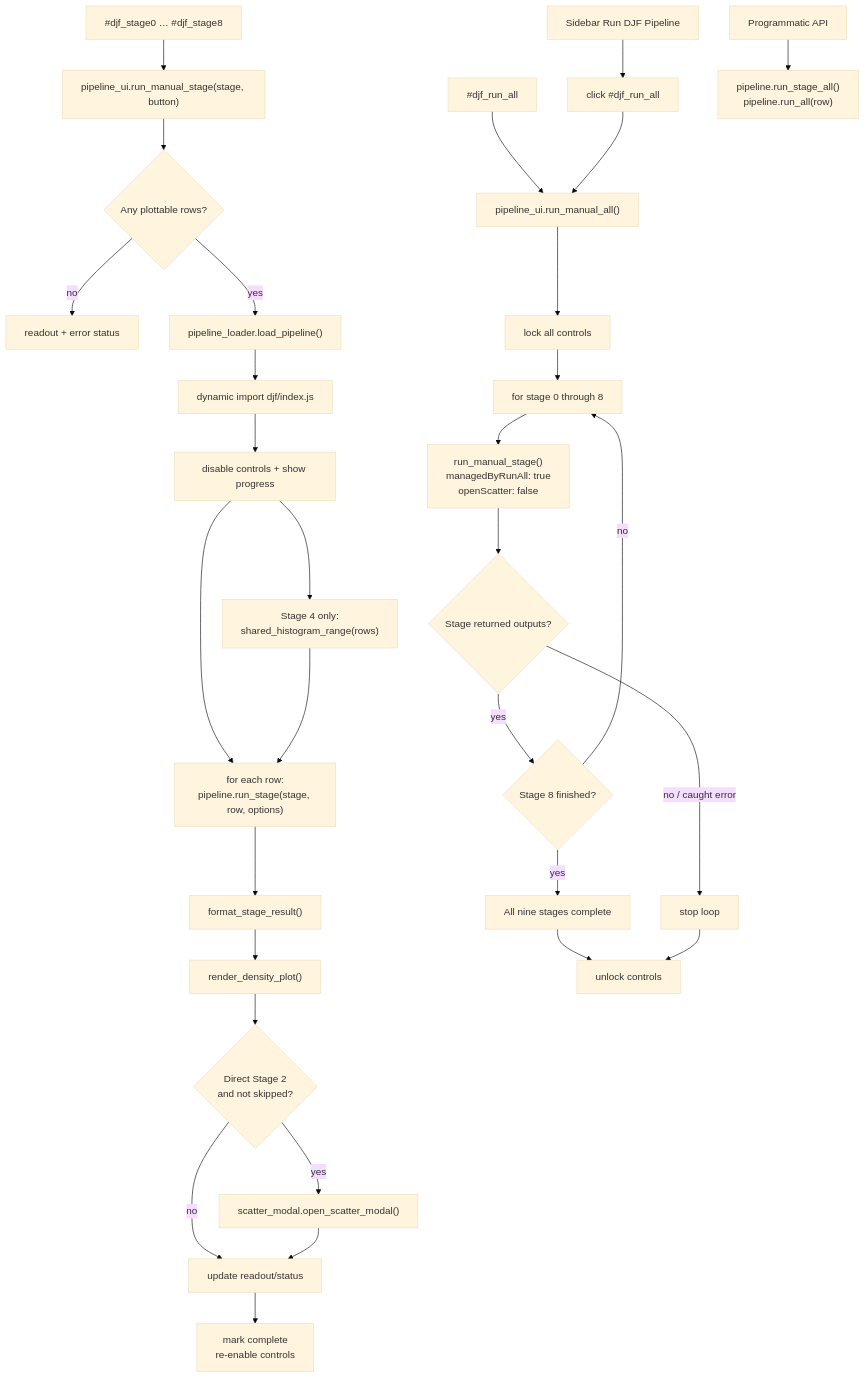
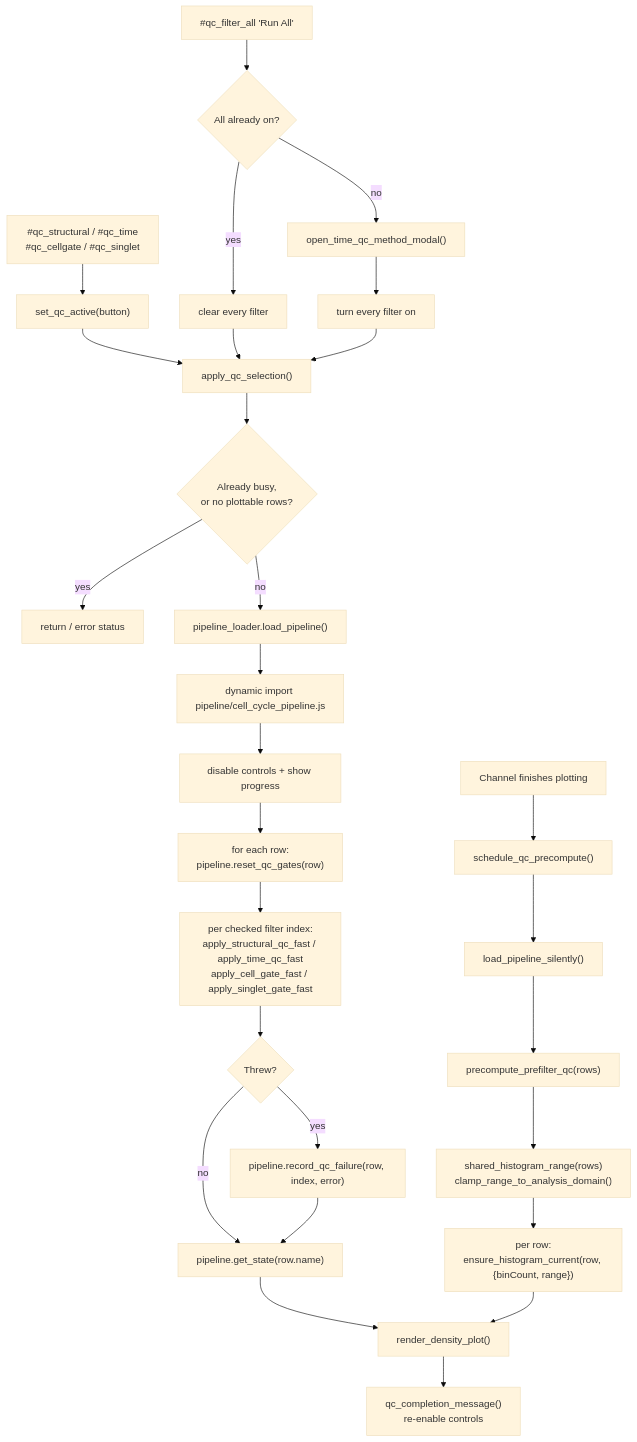
The third of 8 diagrams in docs/function-call-and-user-decision-graphs.md (Latent-Lens/phase_finder), drawn with Mermaid (base theme) before and after one commit. The commit also changed other lines of this file and 15 other files, not shown here.

First line of the commit message:
docs(architecture): rewrite the diagrams for the current pipeline

````diff
--- a/docs/function-call-and-user-decision-graphs.md
+++ b/docs/function-call-and-user-decision-graphs.md
@@ -111,36 +115,32 @@
 ```mermaid
 flowchart TD
-  M0["#djf_stage0 … #djf_stage8"] --> M1["pipeline_ui.run_manual_stage(stage, button)"]
-  A0["#djf_run_all"] --> A1["pipeline_ui.run_manual_all()"]
-  A2["Sidebar Run DJF Pipeline"] --> A3["click #djf_run_all"]
-  A3 --> A1
+  M0["#qc_structural / #qc_time<br/>#qc_cellgate / #qc_singlet"] --> M1["set_qc_active(button)"]
+  A0["#qc_filter_all 'Run All'"] --> A1{"All already on?"}
+  A1 -- "no" --> A2["open_time_qc_method_modal()"]
+  A1 -- "yes" --> A3["clear every filter"]
+  A2 --> A4["turn every filter on"]
+  M1 --> QS["apply_qc_selection()"]
+  A3 --> QS
+  A4 --> QS
 
-  M1 --> Q0{"Any plottable rows?"}
-  Q0 -- "no" --> Q1["readout + error status"]
-  Q0 -- "yes" --> L0["pipeline_loader.load_pipeline()"]
-  L0 --> L1["dynamic import djf/index.js"]
+  QS --> Q0{"Already busy,<br/>or no plottable rows?"}
+  Q0 -- "yes" --> Q1["return / error status"]
+  Q0 -- "no" --> L0["pipeline_loader.load_pipeline()"]
+  L0 --> L1["dynamic import pipeline/cell_cycle_pipeline.js"]
   L1 --> M2["disable controls + show progress"]
-  M2 --> M3["Stage 4 only:<br/>shared_histogram_range(rows)"]
-  M2 --> M4["for each row:<br/>pipeline.run_stage(stage, row, options)"]
-  M3 --> M4
-  M4 --> M5["format_stage_result()"]
-  M5 --> M6["render_density_plot()"]
-  M6 --> M7{"Direct Stage 2<br/>and not skipped?"}
-  M7 -- "yes" --> M8["scatter_modal.open_scatter_modal()"]
-  M7 -- "no" --> M9["update readout/status"]
-  M8 --> M9
-  M9 --> M10["mark complete<br/>re-enable controls"]
+  M2 --> M3["for each row:<br/>pipeline.reset_qc_gates(row)"]
+  M3 --> M4["per checked filter index:<br/>apply_structural_qc_fast / apply_time_qc_fast<br/>apply_cell_gate_fast / apply_singlet_gate_fast"]
+  M4 --> M5{"Threw?"}
+  M5 -- "yes" --> M6["pipeline.record_qc_failure(row, index, error)"]
+  M5 -- "no" --> M7["pipeline.get_state(row.name)"]
+  M6 --> M7
+  M7 --> M8["render_density_plot()"]
+  M8 --> M9["qc_completion_message()<br/>re-enable controls"]
 
-  A1 --> A4["lock all controls"]
-  A4 --> A5["for stage 0 through 8"]
-  A5 --> A6["run_manual_stage()<br/>managedByRunAll: true<br/>openScatter: false"]
-  A6 --> A7{"Stage returned outputs?"}
-  A7 -- "yes" --> A8{"Stage 8 finished?"}
-  A8 -- "no" --> A5
-  A8 -- "yes" --> A9["All nine stages complete"]
-  A7 -- "no / caught error" --> A10["stop loop"]
-  A9 --> A11["unlock controls"]
-  A10 --> A11
-
-  D0["Programmatic API"] --> D1["pipeline.run_stage_all()<br/>pipeline.run_all(row)"]
+  BG0["Channel finishes plotting"] --> BG1["schedule_qc_precompute()"]
+  BG1 --> BG2["load_pipeline_silently()"]
+  BG2 --> BG3["precompute_prefilter_qc(rows)"]
+  BG3 --> BG4["shared_histogram_range(rows)<br/>clamp_range_to_analysis_domain()"]
+  BG4 --> BG5["per row:<br/>ensure_histogram_current(row, {binCount, range})"]
+  BG5 --> M8
 ```
````
